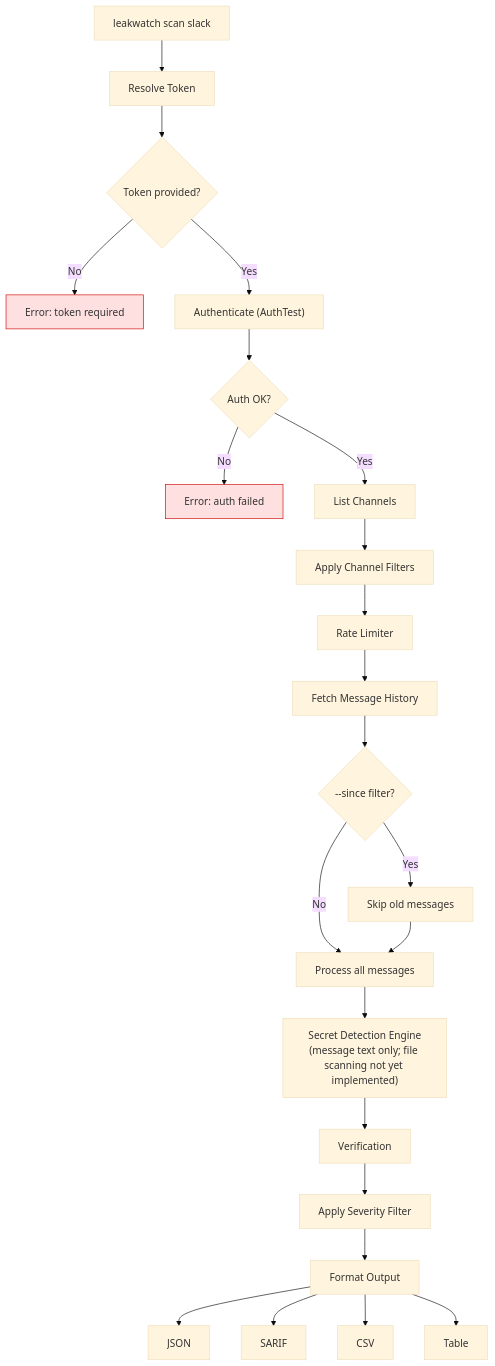
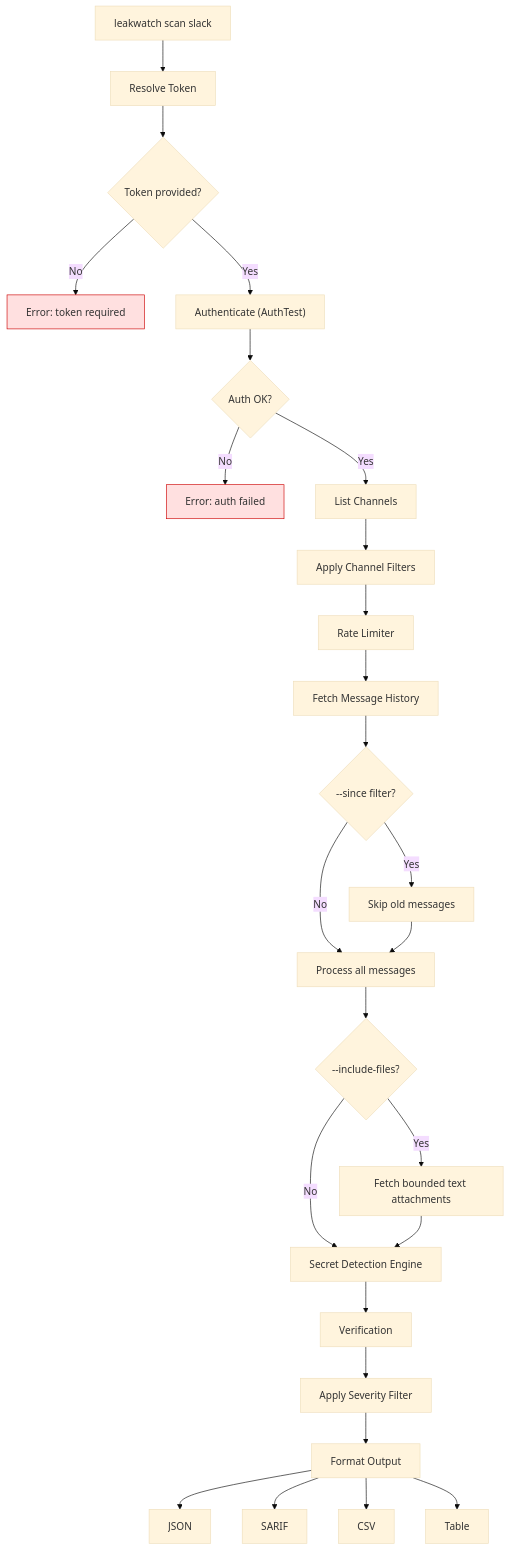
One commit to cemililik/Leakwatch changed the diagram in docs/guides/slack-scanning.md. Above: the diagram before and after it, drawn with Mermaid (base theme). The commit also changed other lines of this file and 69 other files, not shown here.

````diff
--- a/docs/guides/slack-scanning.md
+++ b/docs/guides/slack-scanning.md
@@ -323,33 +318,36 @@
 ```mermaid
 flowchart TD
     A["leakwatch scan slack"] --> B["Resolve Token"]
     B --> C{"Token provided?"}
     C -->|"No"| D["Error: token required"]
     C -->|"Yes"| E["Authenticate (AuthTest)"]
     E --> F{"Auth OK?"}
     F -->|"No"| G["Error: auth failed"]
     F -->|"Yes"| H["List Channels"]
 
     H --> I["Apply Channel Filters"]
     I --> J["Rate Limiter"]
 
     J --> K["Fetch Message History"]
     K --> L{"--since filter?"}
     L -->|"Yes"| M["Skip old messages"]
     L -->|"No"| N["Process all messages"]
     M --> N
 
-    N --> R["Secret Detection Engine\n(message text only; file scanning not yet implemented)"]
+    N --> O{"--include-files?"}
+    O -->|"Yes"| P["Fetch bounded text attachments"]
+    O -->|"No"| R
+    P --> R["Secret Detection Engine"]
 
     R --> S["Verification"]
     S --> T["Apply Severity Filter"]
     T --> U["Format Output"]
 
     U --> V["JSON"]
     U --> W["SARIF"]
     U --> X["CSV"]
     U --> Y["Table"]
 
     style D fill:#ffe0e0,stroke:#cc0000
     style G fill:#ffe0e0,stroke:#cc0000
 ```
````
